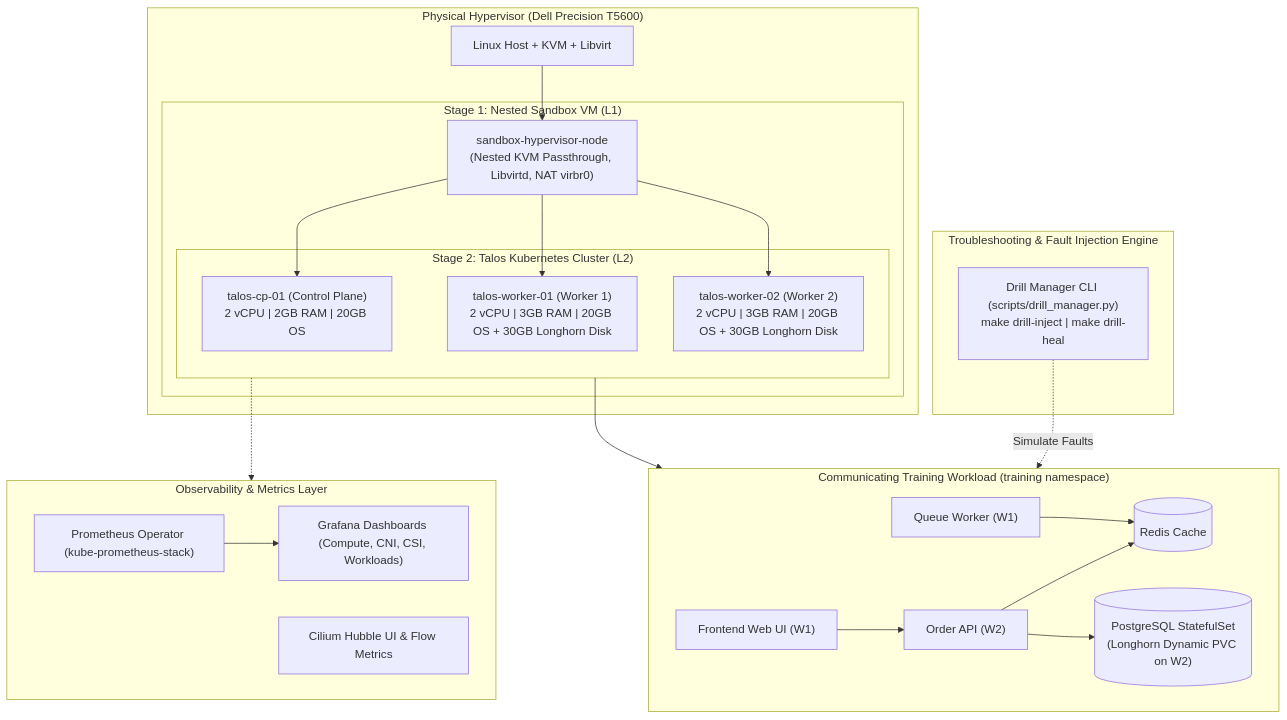
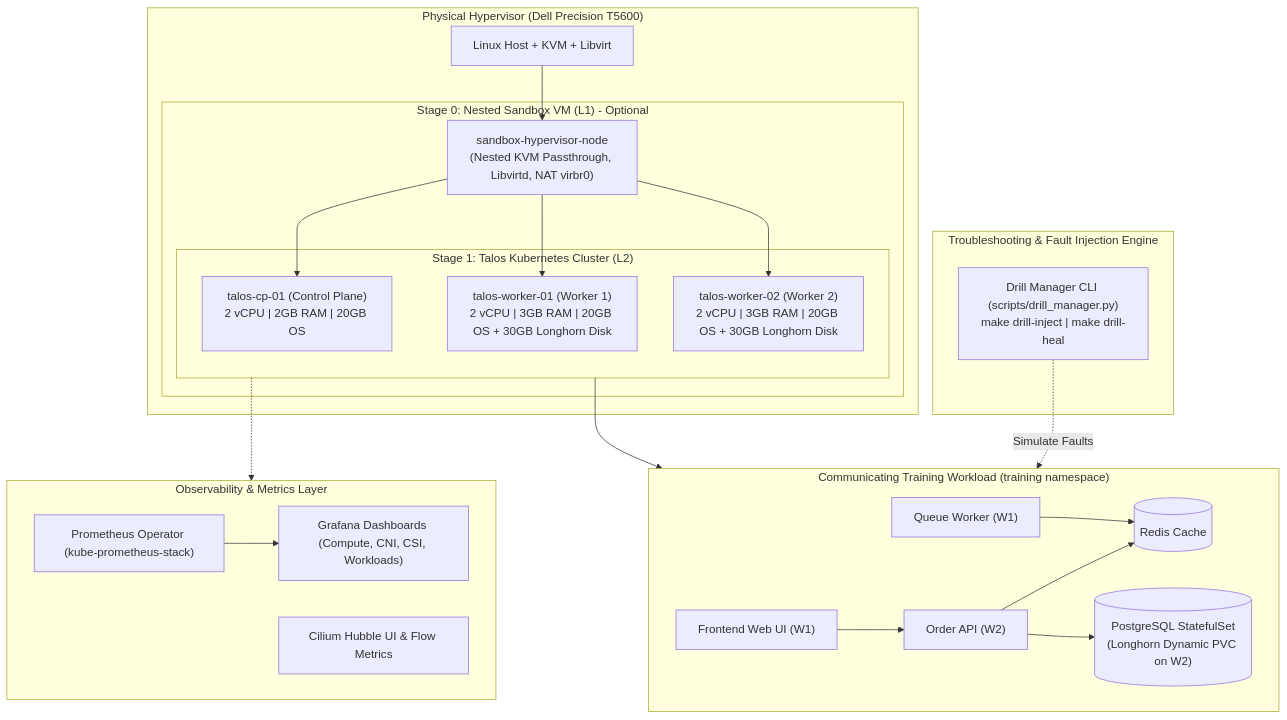
One commit to celttechie/talos-k8s-platform changed the diagram in README.md. Above: the diagram before and after it, drawn with Mermaid. The commit also changed other lines of this file and 27 other files, not shown here.

First line of the commit message:
feat: refactor stage architecture to Layer 0 (sandbox) and Layer 1 (talos cluster) (#47)

````diff
--- a/README.md
+++ b/README.md
@@ -19,42 +19,42 @@
 ```mermaid
 flowchart TD
     subgraph Host ["Physical Hypervisor (Dell Precision T5600)"]
         T5600["Linux Host + KVM + Libvirt"]
 
-        subgraph Sandbox ["Stage 1: Nested Sandbox VM (L1)"]
+        subgraph Sandbox ["Stage 0: Nested Sandbox VM (L1) - Optional"]
             SB_VM["sandbox-hypervisor-node\n(Nested KVM Passthrough, Libvirtd, NAT virbr0)"]
 
-            subgraph K8s ["Stage 2: Talos Kubernetes Cluster (L2)"]
+            subgraph K8s ["Stage 1: Talos Kubernetes Cluster (L2)"]
                 CP1["talos-cp-01 (Control Plane)\n2 vCPU | 2GB RAM | 20GB OS"]
                 W1["talos-worker-01 (Worker 1)\n2 vCPU | 3GB RAM | 20GB OS + 30GB Longhorn Disk"]
                 W2["talos-worker-02 (Worker 2)\n2 vCPU | 3GB RAM | 20GB OS + 30GB Longhorn Disk"]
             end
         end
     end
 
     subgraph Observability ["Observability & Metrics Layer"]
         Prom["Prometheus Operator (kube-prometheus-stack)"]
         Graf["Grafana Dashboards (Compute, CNI, CSI, Workloads)"]
         Hubble["Cilium Hubble UI & Flow Metrics"]
         Prom --> Graf
     end
 
     subgraph Workload ["Communicating Training Workload (training namespace)"]
         UI["Frontend Web UI (W1)"] --> API["Order API (W2)"]
         API --> Cache[("Redis Cache")]
         API --> DB[("PostgreSQL StatefulSet\n(Longhorn Dynamic PVC on W2)")]
         Worker["Queue Worker (W1)"] --> Cache
     end
 
     subgraph Drills ["Troubleshooting & Fault Injection Engine"]
         Engine["Drill Manager CLI (scripts/drill_manager.py)\nmake drill-inject | make drill-heal"]
     end
 
     T5600 --> SB_VM
     SB_VM --> CP1
     SB_VM --> W1
     SB_VM --> W2
     K8s -.-> Observability
     K8s --> Workload
     Engine -.->|Simulate Faults| Workload
 ```
````
